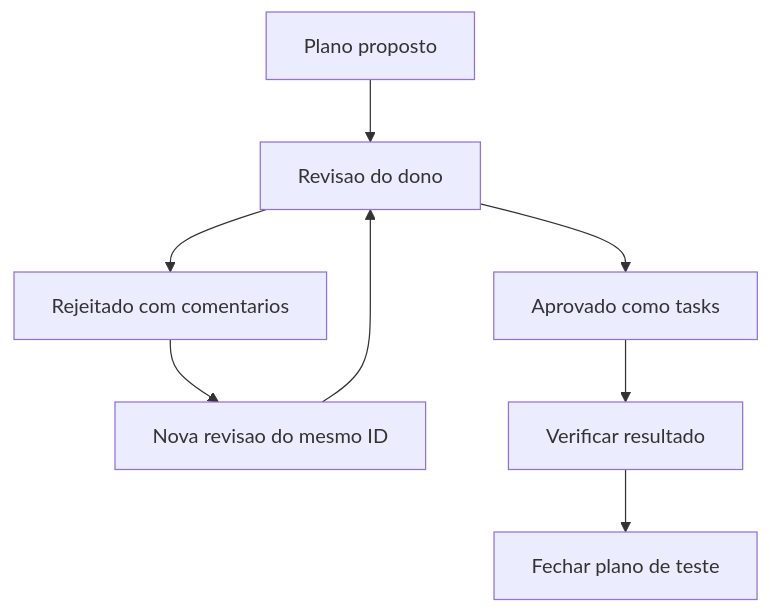
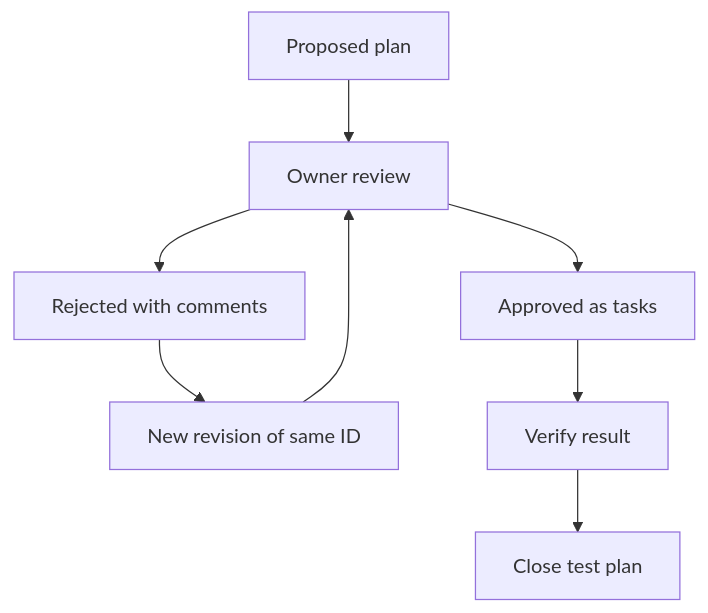
The diagram in .plan/closed/12-Teste-manual-fluxo-de-revisa-o.r2.md (al4xdev/dsh-customs), drawn with Mermaid before and after one commit. The commit also changed other lines of this file and 139 other files, not shown here.

````diff
--- a/.plan/closed/12-Teste-manual-fluxo-de-revisa-o.r2.md
+++ b/.plan/closed/12-Teste-manual-fluxo-de-revisa-o.r2.md
@@ -23,10 +23,10 @@
 ```mermaid
 flowchart TD
-    A[Plano proposto] --> B[Revisao do dono]
-    B --> C[Rejeitado com comentarios]
-    C --> D[Nova revisao do mesmo ID]
+    A[Proposed plan] --> B[Owner review]
+    B --> C[Rejected with comments]
+    C --> D[New revision of same ID]
     D --> B
-    B --> E[Aprovado como tasks]
-    E --> F[Verificar resultado]
-    F --> G[Fechar plano de teste]
+    B --> E[Approved as tasks]
+    E --> F[Verify result]
+    F --> G[Close test plan]
 ```
````
